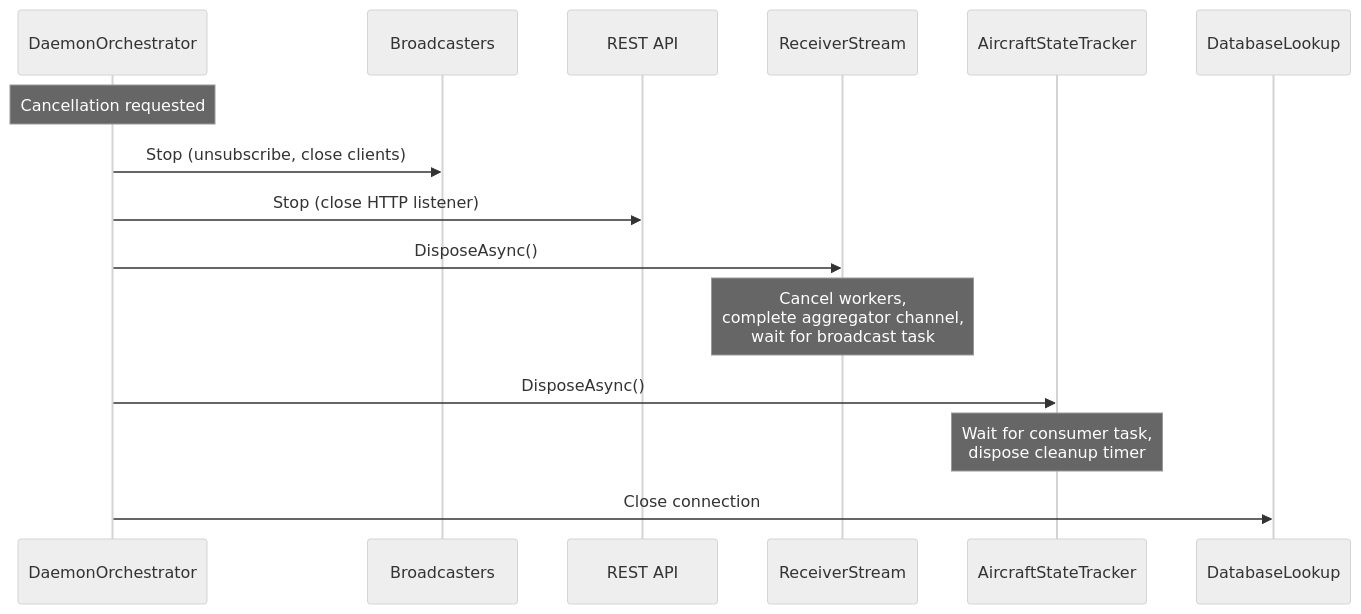
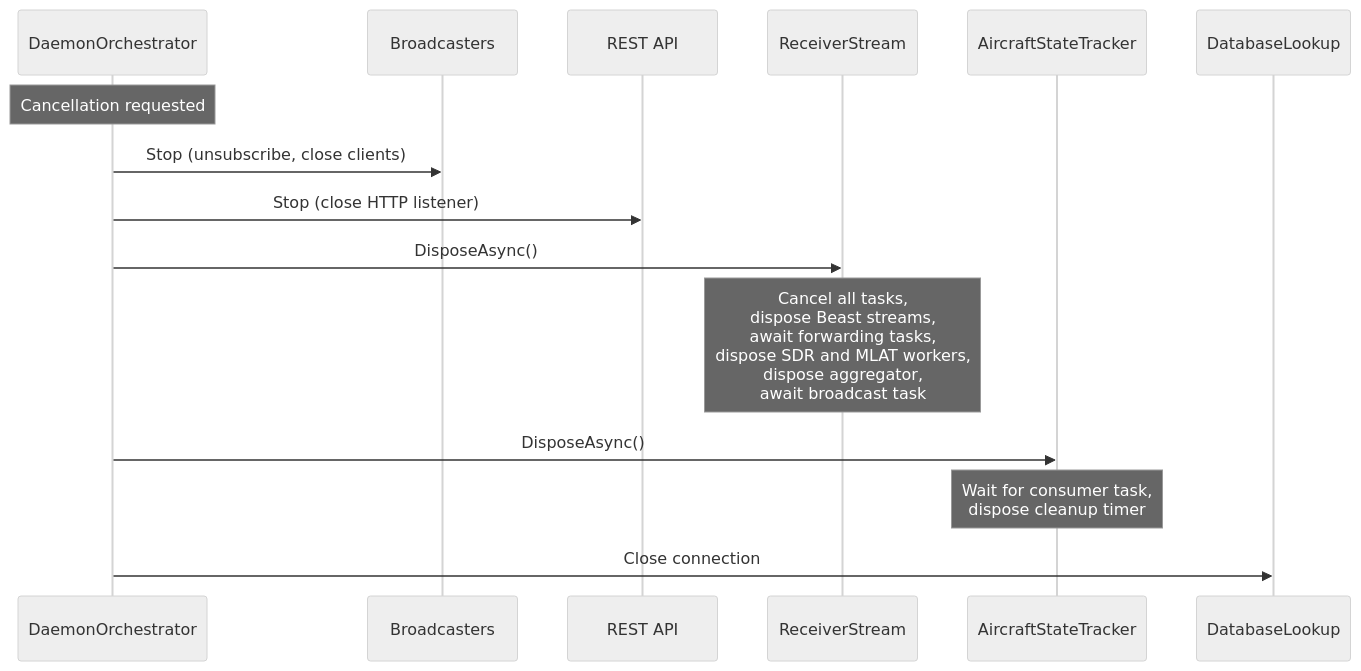
The tenth of 11 diagrams in docs/ARCHITECTURE.md (aeromux/aeromux), drawn with Mermaid (neutral theme) before and after one commit. The commit also changed other lines of this file and 45 other files, not shown here.

Commit message:
Implement unified input model with aggregated SDR and Beast sources (CLI, config, streaming, docs, tests)

````diff
--- a/docs/ARCHITECTURE.md
+++ b/docs/ARCHITECTURE.md
@@ -644,21 +662,21 @@
 ```mermaid
 sequenceDiagram
     participant O as DaemonOrchestrator
     participant B as Broadcasters
     participant A as REST API
     participant RS as ReceiverStream
     participant T as AircraftStateTracker
     participant DB as DatabaseLookup
 
     Note over O: Cancellation requested
 
     O->>B: Stop (unsubscribe, close clients)
     O->>A: Stop (close HTTP listener)
     O->>RS: DisposeAsync()
-    Note over RS: Cancel workers,<br/>complete aggregator channel,<br/>wait for broadcast task
+    Note over RS: Cancel all tasks,<br/>dispose Beast streams,<br/>await forwarding tasks,<br/>dispose SDR and MLAT workers,<br/>dispose aggregator,<br/>await broadcast task
 
     O->>T: DisposeAsync()
     Note over T: Wait for consumer task,<br/>dispose cleanup timer
 
     O->>DB: Close connection
 ```
````
